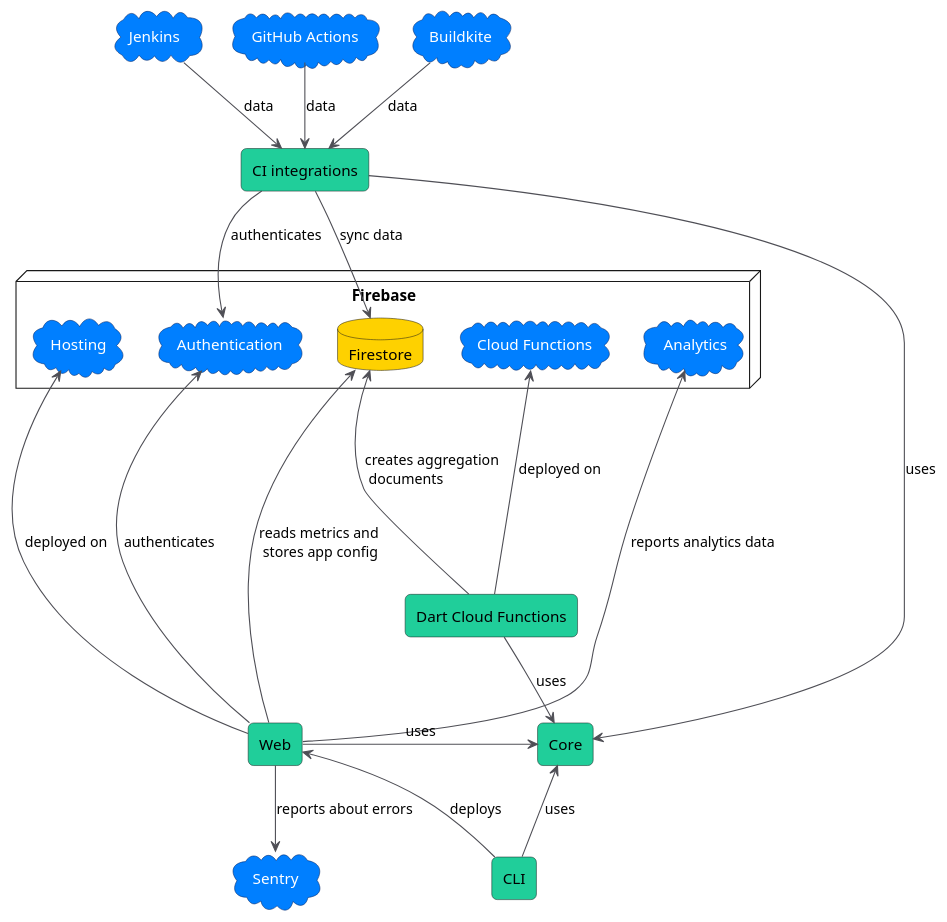
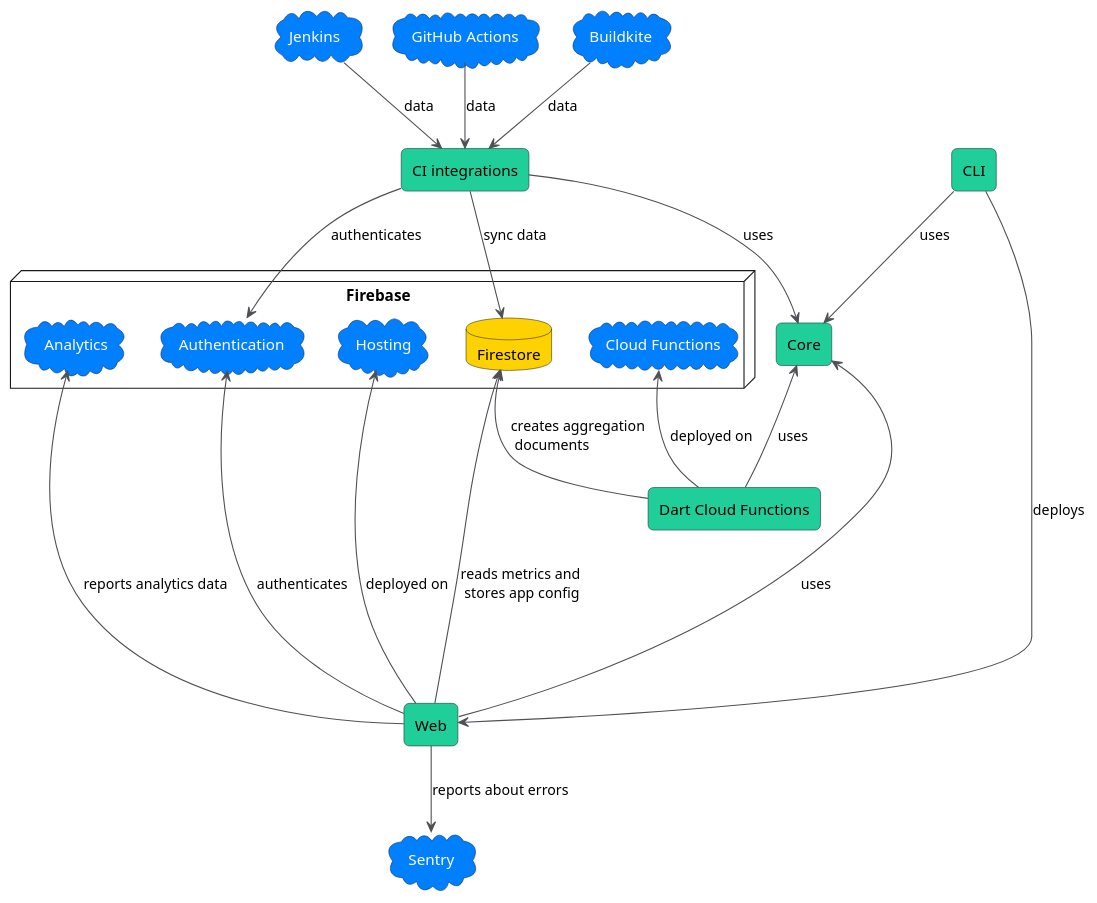
The diagram in concept_map.puml (Flank/flank-dashboard), drawn with PlantUML before and after one commit. The commit also changed 1 other file, not shown here.

Commit message:
Wording and diagram improvements

```diff
--- a/concept_map.puml
+++ b/concept_map.puml
@@ -1,80 +1,80 @@
 @startuml metrics_concept_map
 
 skinparam DefaultTextAlignment left
 
 skinparam database {
     borderColor #292618
     backgroundColor #fed100
 }
 
 skinparam cloud {
     borderColor #002366
     backgroundColor #007FFF
     fontColor white
 }
 
 skinparam rectangle {
     borderColor #182b27
     backgroundColor #20ce9a
     roundCorner 10
 }
 
 skinparam ArrowColor #4f4f56
 
 cloud Jenkins
 cloud "GitHub Actions" as GA
 cloud Buildkite
 
 rectangle "CI integrations" as CI
 rectangle "Dart Cloud Functions" as DartCloudFunctions
 
 together {
     node Firebase {
         cloud Hosting
         database Firestore
         cloud Authentication
         cloud "Cloud Functions" as CloudFunctions
         cloud Analytics
     }
 
     rectangle Core
 }
 rectangle Web
 rectangle "CLI"
 
 cloud Sentry
 
 Jenkins -[hidden]right-> GA
 GA -[hidden]right-> Buildkite
 
 Core -[hidden]left-> Analytics  
 
 Jenkins -down-> CI : data
 GA -down-> CI : data
 Buildkite -down-> CI : data
 
 CI -down-> Firestore : sync data
 CI -down-> Authentication : authenticates
 CI -[hidden]down-> Hosting
 
 Hosting -[hidden]right-> Authentication
 Authentication -[hidden]right-> Firestore
 
 Web --up--> Firestore : reads metrics and \l stores app config
 Web --up--> Authentication : authenticates
 Web --up--> Hosting : deployed on
 Web --up--> Analytics : reports analytics data
 Web -down-> Sentry : reports about errors
 
 DartCloudFunctions -up-> CloudFunctions : deployed on
 DartCloudFunctions -[hidden]-> Core : uses
 DartCloudFunctions -up-> Firestore : creates aggregation \l documents
 
-CLI -up-> Web : deploys
-CLI -up-> Core : uses
+CLI --> Web : deploys
+CLI --> Core : uses
 
 DartCloudFunctions -down-> Core : uses
 Web --right--> Core : uses
 CI --right--> Core  : uses
 
 @enduml
```
